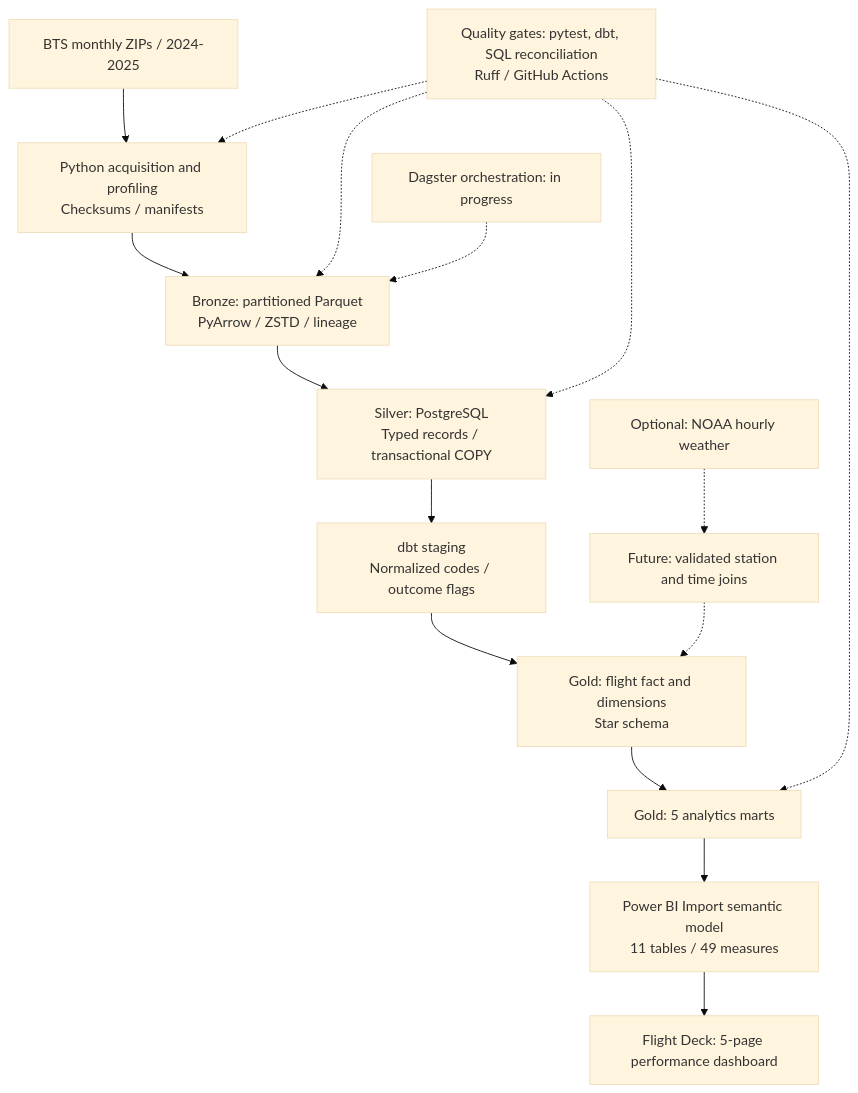
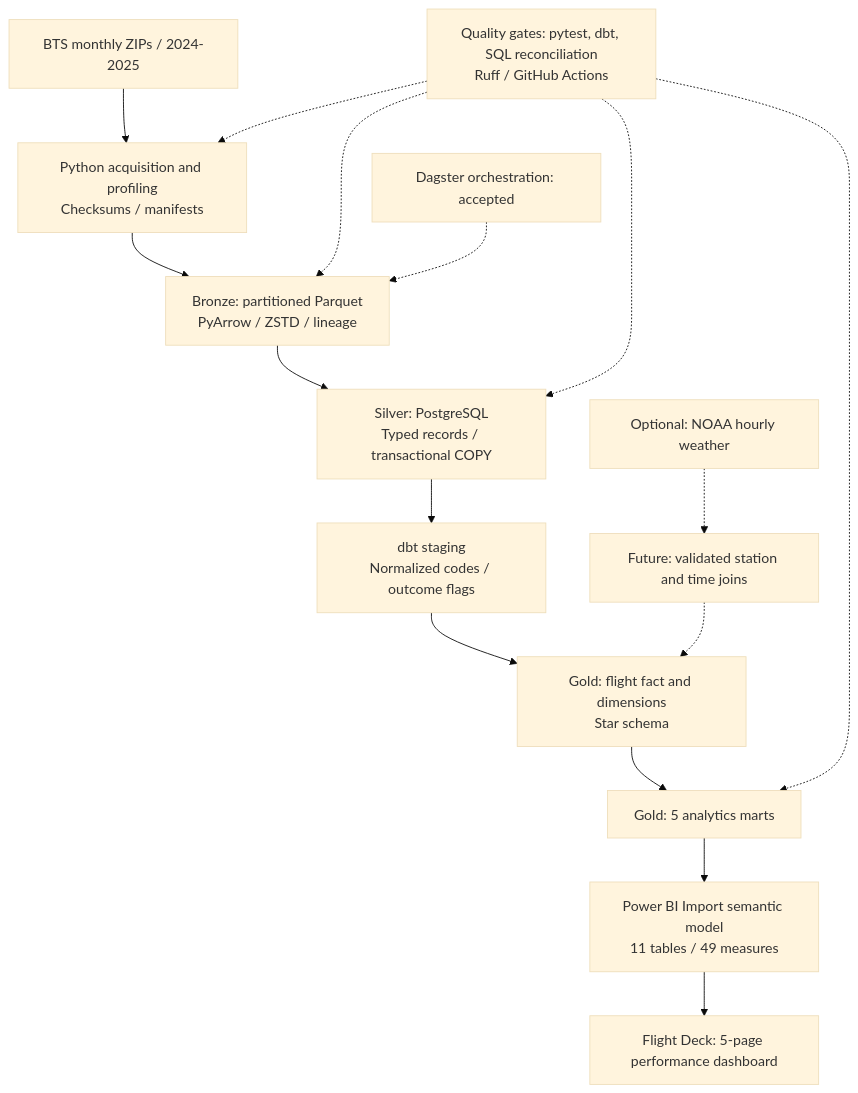
One commit to thaquan/Flight_Operations_Intelligence changed the diagram in README.md. Above: the diagram before and after it, drawn with Mermaid (base theme). The commit also changed other lines of this file, not shown here.

````diff
--- a/README.md
+++ b/README.md
@@ -72,19 +73,19 @@
 ```mermaid
 flowchart TD
     BTS["BTS monthly ZIPs / 2024-2025"] --> ACQ["Python acquisition and profiling<br/>Checksums / manifests"]
     ACQ --> BR["Bronze: partitioned Parquet<br/>PyArrow / ZSTD / lineage"]
     BR --> SL["Silver: PostgreSQL<br/>Typed records / transactional COPY"]
     SL --> ST["dbt staging<br/>Normalized codes / outcome flags"]
     ST --> FACT["Gold: flight fact and dimensions<br/>Star schema"]
     FACT --> MART["Gold: 5 analytics marts"]
     MART --> SEM["Power BI Import semantic model<br/>11 tables / 49 measures"]
     SEM --> REP["Flight Deck: 5-page performance dashboard"]
     QA["Quality gates: pytest, dbt, SQL reconciliation<br/>Ruff / GitHub Actions"] -.-> ACQ
     QA -.-> BR
     QA -.-> SL
     QA -.-> MART
     NOAA["Optional: NOAA hourly weather"] -.-> WEATHER["Future: validated station and time joins"]
     WEATHER -.-> FACT
 
-    ORCH["Dagster orchestration: in progress"] -.-> BR
+    ORCH["Dagster orchestration: accepted"] -.-> BR
 ```
````
